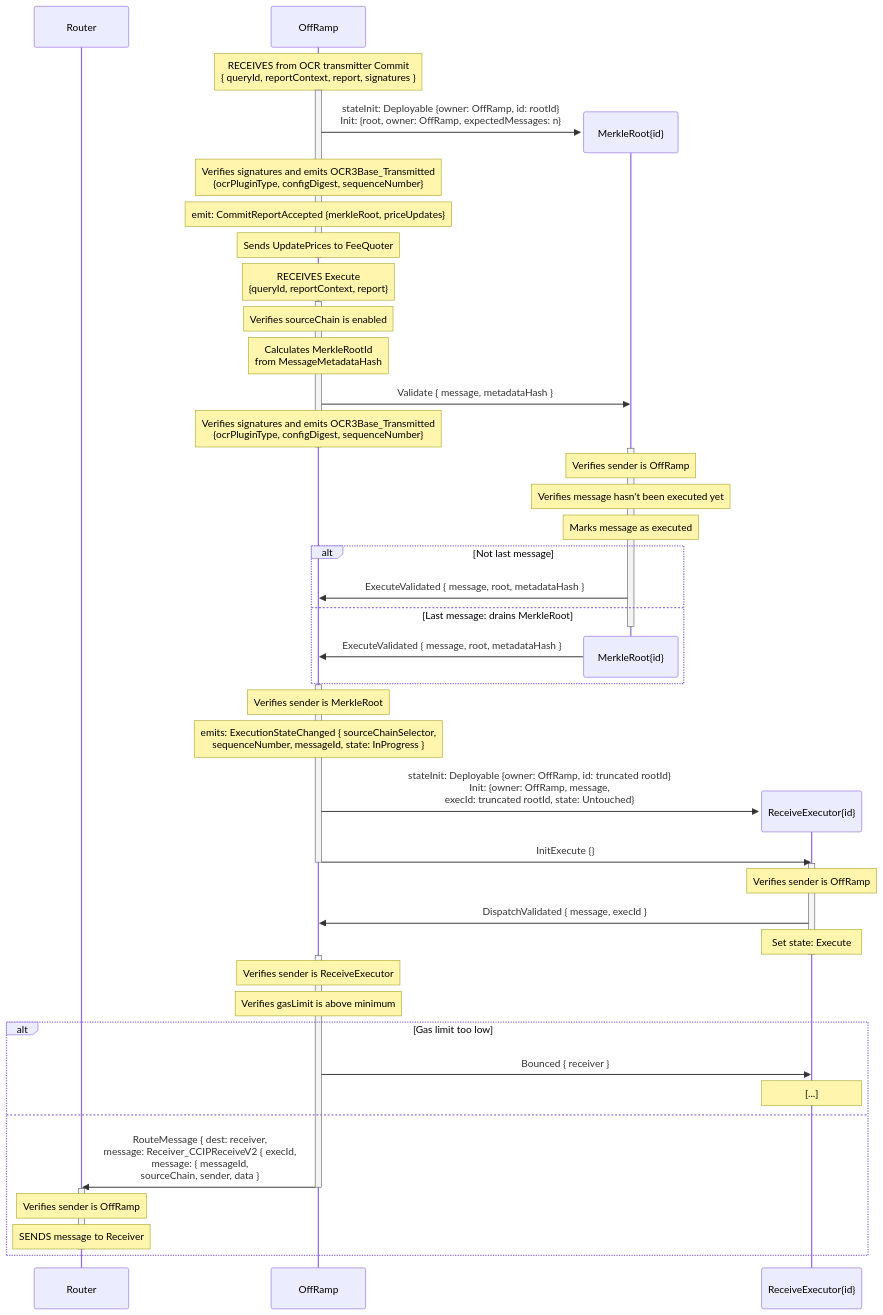
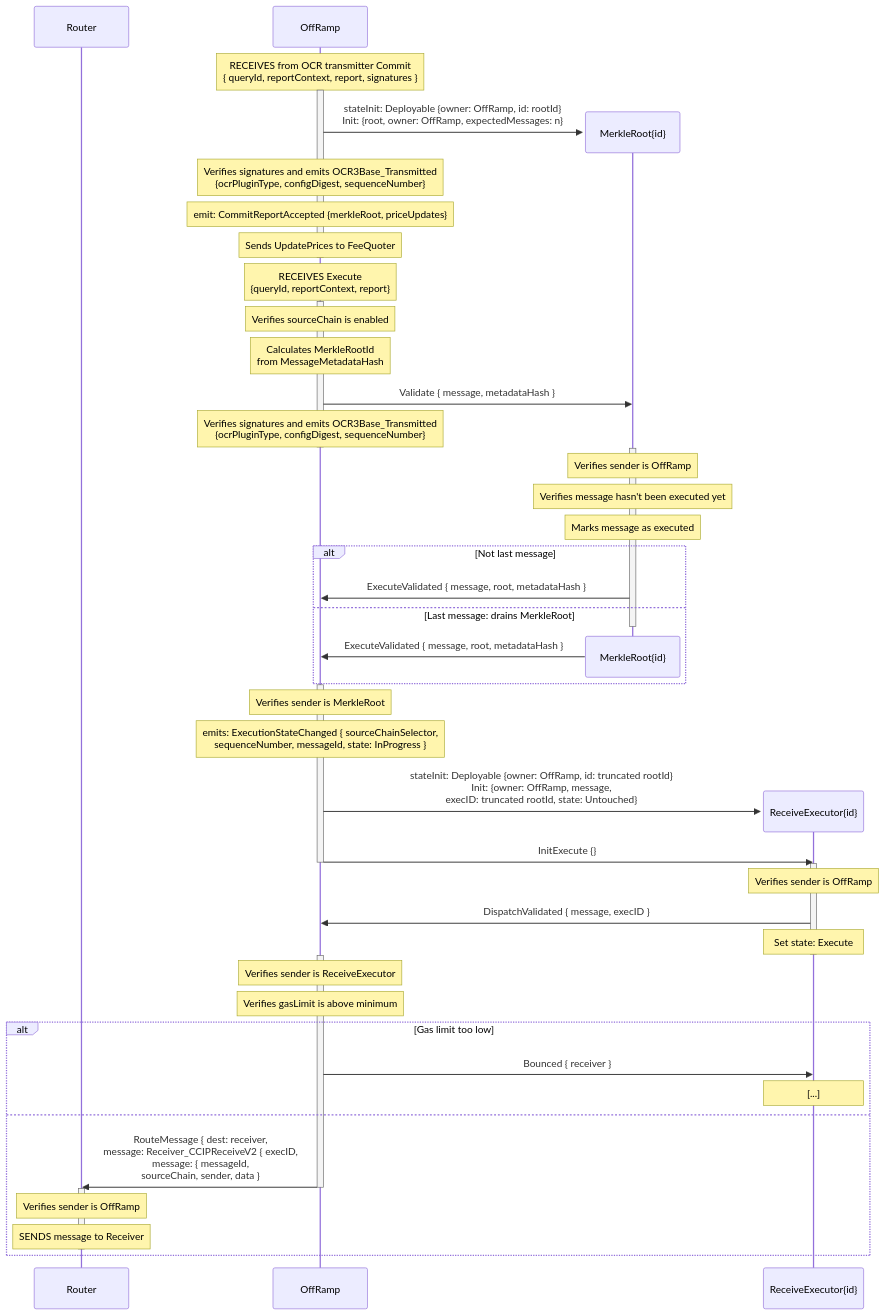
One commit to smartcontractkit/chainlink-ton changed the second of 6 diagrams in docs/contracts/overview/ccip/offramp/arbitrary-msg.md. Above: the diagram before and after it, drawn with Mermaid. The commit also changed other lines of this file and 28 other files, not shown here.

````diff
--- a/docs/contracts/overview/ccip/offramp/arbitrary-msg.md
+++ b/docs/contracts/overview/ccip/offramp/arbitrary-msg.md
@@ -33,80 +33,80 @@
 ```mermaid
 sequenceDiagram
     participant R as Router
     participant OR as OffRamp
 
     
     
     Note over OR: RECEIVES from OCR transmitter Commit<br>{ queryId, reportContext, report, signatures }
     activate OR
 
     create participant MR as MerkleRoot{id}
     OR ->> MR: stateInit: Deployable {owner: OffRamp, id: rootId}<br>Init: {root, owner: OffRamp, expectedMessages: n}
     
     Note over OR: Verifies signatures and emits OCR3Base_Transmitted<br>{ocrPluginType, configDigest, sequenceNumber}
     Note over OR: emit: CommitReportAccepted {merkleRoot, priceUpdates}
     Note over OR: Sends UpdatePrices to FeeQuoter
     deactivate OR
  
     Note over OR: RECEIVES Execute<br>{queryId, reportContext, report}
     activate OR
     Note over OR: Verifies sourceChain is enabled
     Note over OR: Calculates MerkleRootId<br>from MessageMetadataHash
 
     OR ->> MR: Validate { message, metadataHash }
 
     Note over OR: Verifies signatures and emits OCR3Base_Transmitted<br>{ocrPluginType, configDigest, sequenceNumber}
     deactivate OR
 
     activate MR
 
     Note over MR: Verifies sender is OffRamp
     Note over MR: Verifies message hasn't been executed yet
     Note over MR: Marks message as executed
 
     
     alt Not last message
     MR ->> OR: ExecuteValidated { message, root, metadataHash }
     else Last message: drains MerkleRoot
     deactivate MR
     destroy MR
     MR ->> OR: ExecuteValidated { message, root, metadataHash }
     end
 
     activate OR
     Note over OR: Verifies sender is MerkleRoot
     Note over OR: emits: ExecutionStateChanged { sourceChainSelector,<br>sequenceNumber, messageId, state: InProgress }
     create participant RE as ReceiveExecutor{id}
-    OR ->> RE: stateInit: Deployable {owner: OffRamp, id: truncated rootId}<br>Init: {owner: OffRamp, message,<br>execId: truncated rootId, state: Untouched}
+    OR ->> RE: stateInit: Deployable {owner: OffRamp, id: truncated rootId}<br>Init: {owner: OffRamp, message,<br>execID: truncated rootId, state: Untouched}
     OR ->> RE: InitExecute {}
     deactivate OR
 
 
 
     activate RE
     Note over RE: Verifies sender is OffRamp
-    RE ->> OR: DispatchValidated { message, execId }
+    RE ->> OR: DispatchValidated { message, execID }
     Note over RE: Set state: Execute
     deactivate RE
 
 
 
     activate OR
     Note over OR: Verifies sender is ReceiveExecutor
     Note over OR: Verifies gasLimit is above minimum
     alt Gas limit too low
     OR ->> RE: Bounced { receiver }
     Note over RE: [...]
     else
 
-    OR ->> R: RouteMessage { dest: receiver,<br>message: Receiver_CCIPReceiveV2 { execId,<br>message: { messageId,<br>sourceChain, sender, data }
+    OR ->> R: RouteMessage { dest: receiver,<br>message: Receiver_CCIPReceiveV2 { execID,<br>message: { messageId,<br>sourceChain, sender, data }
     deactivate OR
 
 
 
     activate R
     Note over R: Verifies sender is OffRamp
     Note over R: SENDS message to Receiver
     deactivate R
     end
 ```
````
